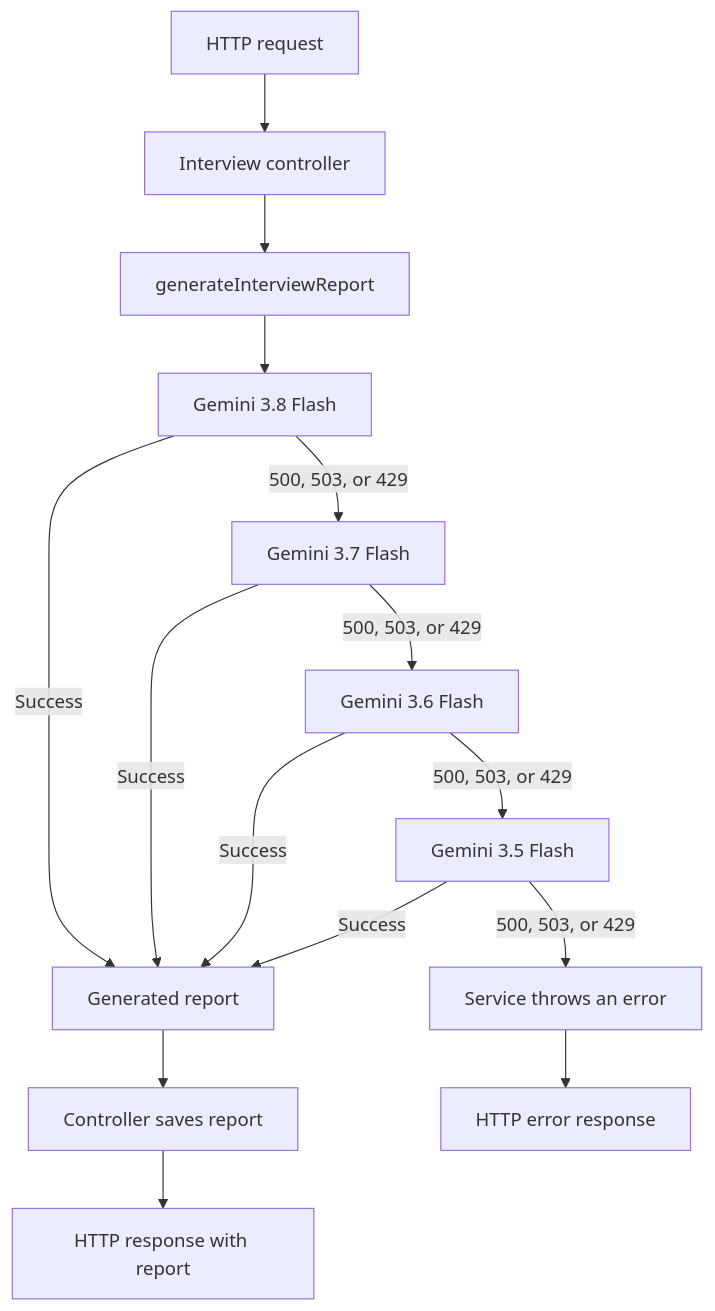
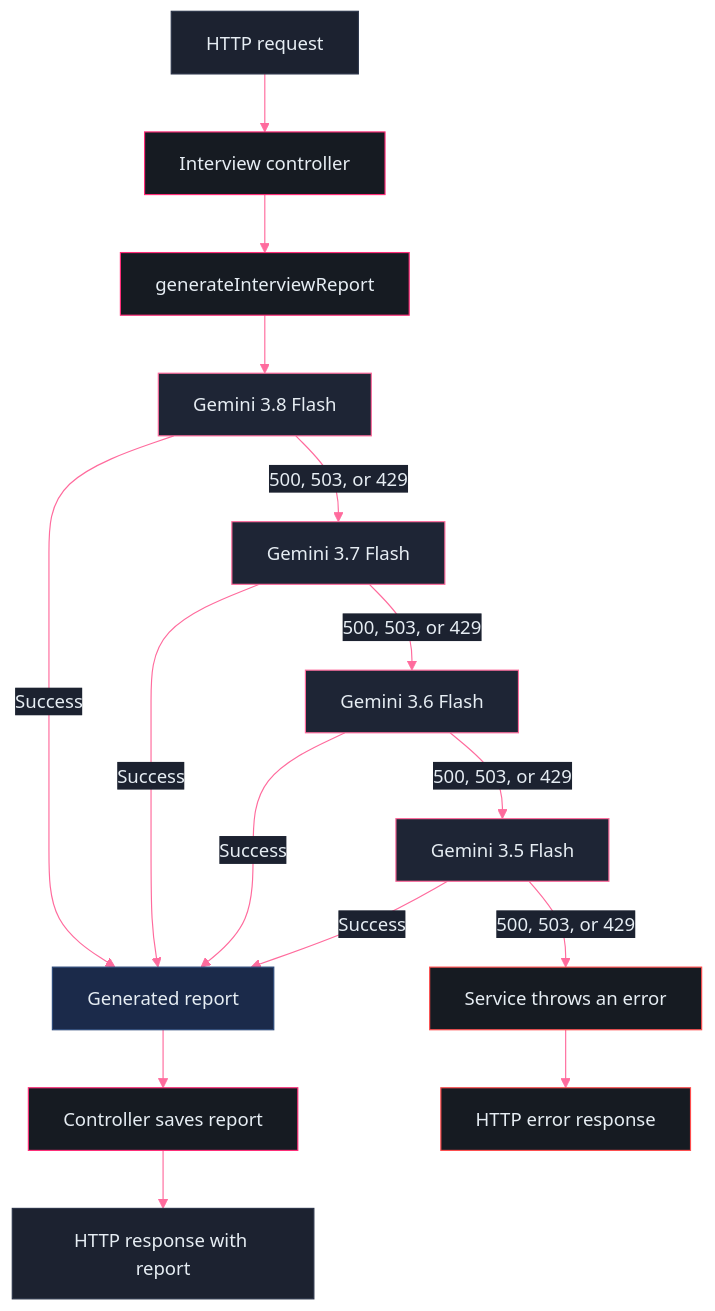
Before and after one commit to OnkarPawar26/interview-ai: the second of 2 diagrams in README.md, drawn with Mermaid. The commit also changed other lines of this file, not shown here.

````diff
--- a/README.md
+++ b/README.md
@@ -92,17 +141,29 @@
 ```mermaid
+%%{init: {"theme":"base","themeVariables":{"background":"#0d1117","primaryColor":"#161b22","primaryTextColor":"#e6edf3","primaryBorderColor":"#ff2d78","lineColor":"#ff6b9d","secondaryColor":"#1c2230","tertiaryColor":"#1e2535","fontFamily":"system-ui"}}}%%
 flowchart TD
     Request[HTTP request] --> Controller[Interview controller]
     Controller --> Service[generateInterviewReport]
     Service --> M1[Gemini 3.8 Flash]
     M1 -->|Success| Report[Generated report]
     M1 -->|500, 503, or 429| M2[Gemini 3.7 Flash]
     M2 -->|Success| Report
     M2 -->|500, 503, or 429| M3[Gemini 3.6 Flash]
     M3 -->|Success| Report
     M3 -->|500, 503, or 429| M4[Gemini 3.5 Flash]
     M4 -->|Success| Report
     M4 -->|500, 503, or 429| Failure[Service throws an error]
     Report --> Save[Controller saves report]
     Save --> Response[HTTP response with report]
     Failure --> Error[HTTP error response]
+
+    classDef request fill:#1c2230,stroke:#2a3348,color:#e6edf3
+    classDef process fill:#161b22,stroke:#ff2d78,color:#e6edf3
+    classDef model fill:#1e2535,stroke:#ff6b9d,color:#e6edf3
+    classDef success fill:#1b2a4a,stroke:#2d4a7a,color:#e6edf3
+    classDef failure fill:#161b22,stroke:#ff4d4d,color:#e6edf3
+    class Request,Response request
+    class Controller,Service,Save process
+    class M1,M2,M3,M4 model
+    class Report success
+    class Failure,Error failure
 ```
````
